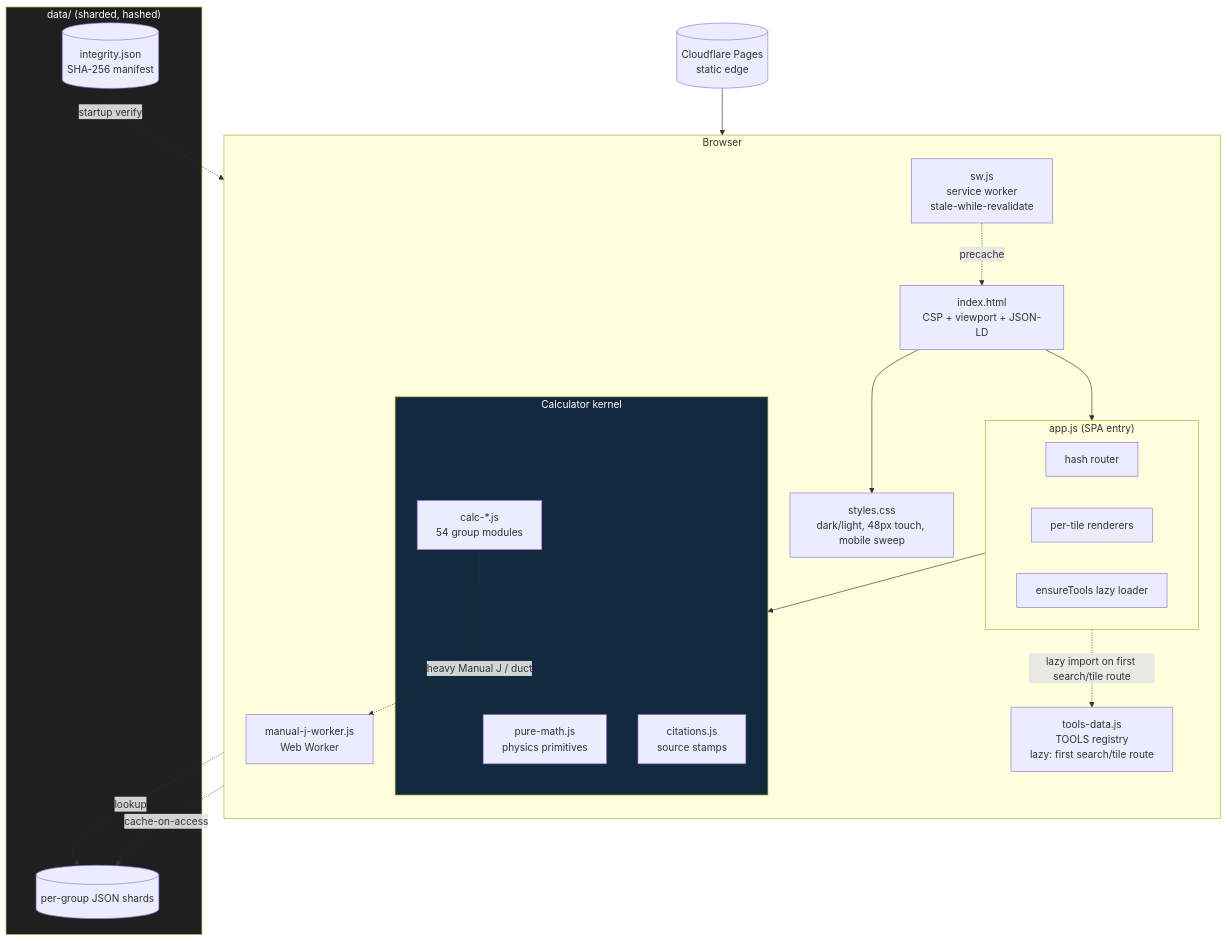
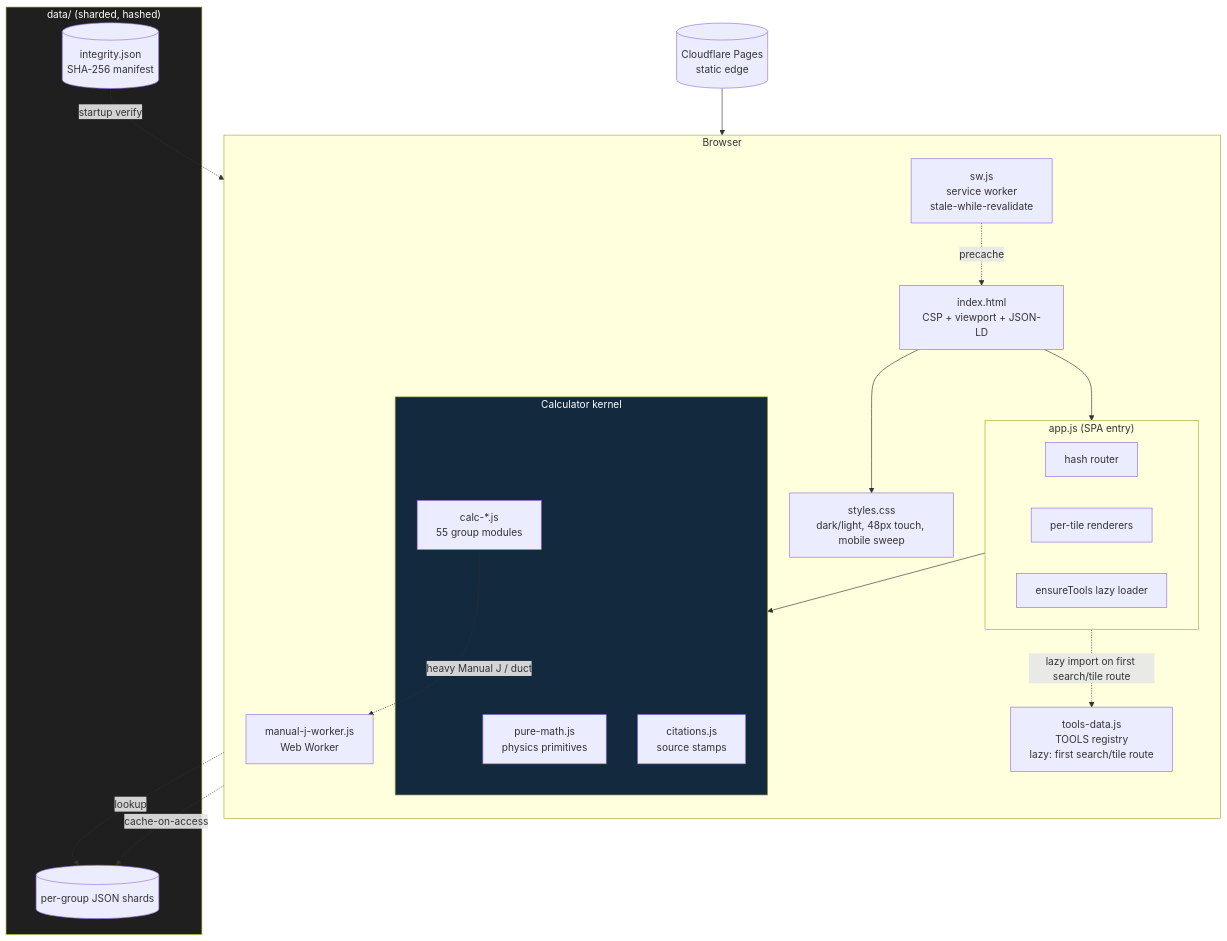
The second of 8 diagrams in README.md (clay-good/roughlogic.com), drawn with Mermaid before and after one commit. The commit also changed other lines of this file and 22 other files, not shown here.

````diff
--- a/README.md
+++ b/README.md
@@ -120,39 +120,39 @@
 ```mermaid
 flowchart TB
     subgraph Browser
         direction TB
         HTML[index.html\nCSP + viewport + JSON-LD]
         CSS[styles.css\ndark/light, 48px touch, mobile sweep]
         subgraph App["app.js (SPA entry)"]
             ROUTE[hash router]
             RENDER[per-tile renderers]
             ENSURE[ensureTools lazy loader]
         end
         TOOLS[tools-data.js\nTOOLS registry\nlazy: first search/tile route]
         subgraph Calc["Calculator kernel"]
             PM[pure-math.js\nphysics primitives]
-            CALC[calc-*.js\n54 group modules]
+            CALC[calc-*.js\n55 group modules]
             CIT[citations.js\nsource stamps]
         end
         SW[sw.js\nservice worker\nstale-while-revalidate]
         WORKER[manual-j-worker.js\nWeb Worker]
     end
     subgraph Data["data/ (sharded, hashed)"]
         SHARDS[(per-group JSON shards)]
         INTEG[(integrity.json\nSHA-256 manifest)]
     end
     CDN[(Cloudflare Pages\nstatic edge)]
 
     CDN --> HTML
     HTML --> CSS
     HTML --> App
     App -.lazy import on first search/tile route.-> TOOLS
     App --> Calc
     CALC -.->|heavy Manual J / duct| WORKER
     CALC -.->|lookup| SHARDS
     SW -.precache.-> HTML
     SW -.cache-on-access.-> SHARDS
     INTEG -.startup verify.-> App
     style Calc fill:#13293d,color:#fff
     style Data fill:#1f1f1f,color:#fff
 ```
````
